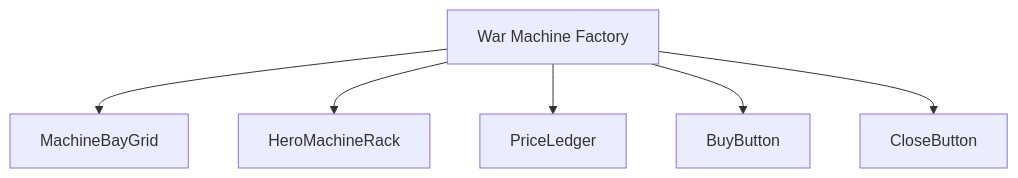
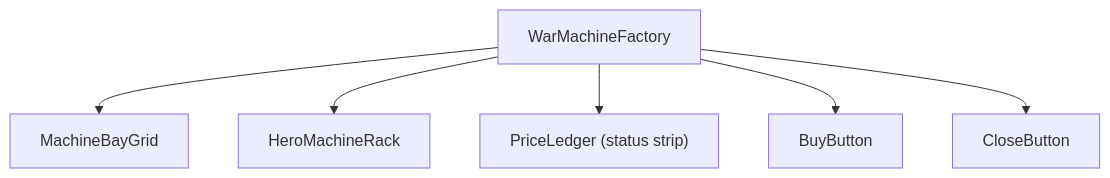
The first of 5 diagrams in docs/architecture/wiki/screens/14-war-machine-factory/architecture.md (SunaNoOshiro/Heroes_Reforged_AI_Realms), drawn with Mermaid before and after one commit. The commit also changed other lines of this file and 518 other files, not shown here.

First line of the commit message:
Add doc-audit skill and sweep architecture/screen docs

````diff
--- a/docs/architecture/wiki/screens/14-war-machine-factory/architecture.md
+++ b/docs/architecture/wiki/screens/14-war-machine-factory/architecture.md
@@ -16,14 +30,9 @@
 ```mermaid
 flowchart TD
-  Root["War Machine Factory"]
-  C0["MachineBayGrid"]
-  Root --> C0
-  C1["HeroMachineRack"]
-  Root --> C1
-  C2["PriceLedger"]
-  Root --> C2
-  C3["BuyButton"]
-  Root --> C3
-  C4["CloseButton"]
-  Root --> C4
+  Root["WarMachineFactory"]
+  Root --> C0["MachineBayGrid"]
+  Root --> C1["HeroMachineRack"]
+  Root --> C2["PriceLedger (status strip)"]
+  Root --> C3["BuyButton"]
+  Root --> C4["CloseButton"]
 ```
````
